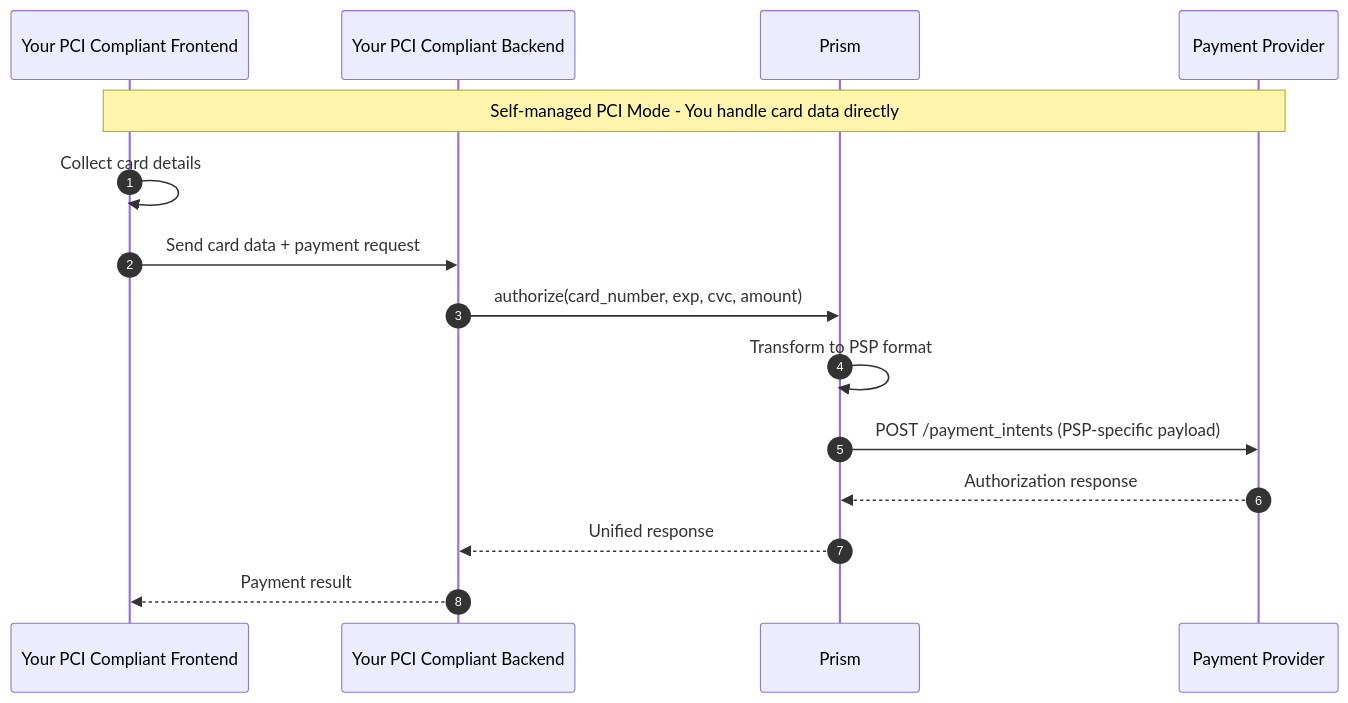
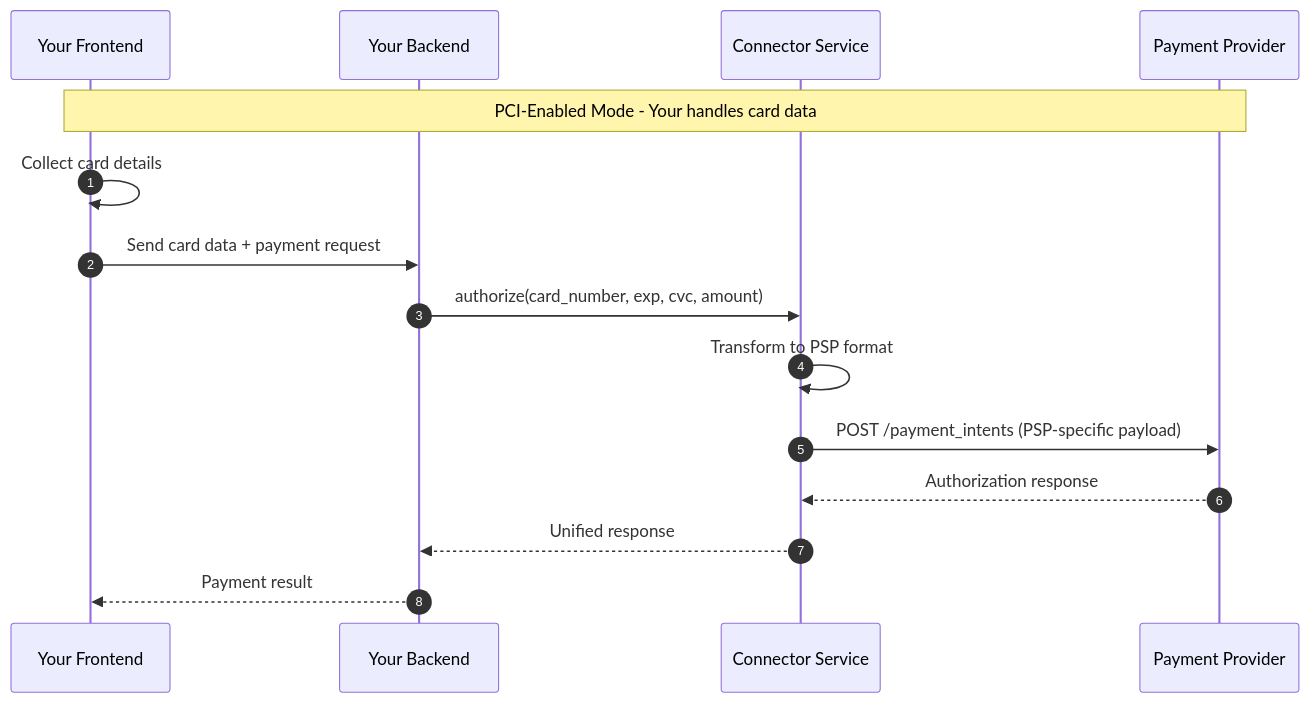
The third of 3 diagrams in integration-space/prism/architecture/compliance/compliance.md (juspay/hyperswitch-docs), drawn with Mermaid before and after one commit. The commit also changed other lines of this file and 832 other files, not shown here.

````diff
--- a/integration-space/prism/architecture/compliance/compliance.md
+++ b/integration-space/prism/architecture/compliance/compliance.md
@@ -87,19 +171,19 @@
 ```mermaid
 sequenceDiagram
     autonumber
-    participant FE as Your PCI Compliant Frontend
-    participant BE as Your PCI Compliant Backend
-    participant Prism as Prism
+    participant FE as Your Frontend
+    participant BE as Your Backend
+    participant Prism as Connector Service
     participant PSP as Payment Provider
 
-    Note over FE,PSP: Self-managed PCI Mode - You handle card data directly
+    Note over FE,PSP: PCI-Enabled Mode - Your handles card data
 
     FE->>FE: Collect card details
     FE->>BE: Send card data + payment request
     BE->>Prism: authorize(card_number, exp, cvc, amount)
     Prism->>Prism: Transform to PSP format
     Prism->>PSP: POST /payment_intents (PSP-specific payload)
     PSP-->>Prism: Authorization response
     Prism-->>BE: Unified response
     BE-->>FE: Payment result
 ```
````
